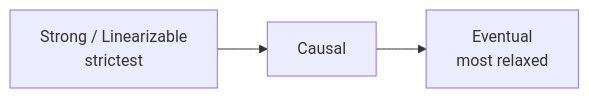
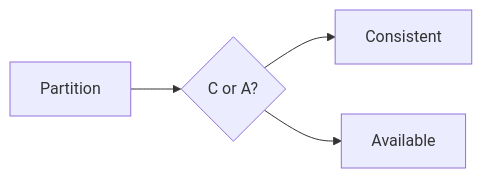
Before and after one commit to hareramcse/SystemDesign: the second of 2 diagrams in 04-distributed-system/README.md, drawn with Mermaid. The commit also changed other lines of this file and 15 other files, not shown here.

````diff
--- a/04-distributed-system/README.md
+++ b/04-distributed-system/README.md
@@ -463,7 +176,6 @@
 ```mermaid
 flowchart LR
-    Strong[Strong / Linearizable<br/>strictest]
-    Causal[Causal]
-    Eventual[Eventual<br/>most relaxed]
-    Strong --> Causal --> Eventual
+    P[Partition] --> Choice{C or A?}
+    Choice --> CP[Consistent]
+    Choice --> AP[Available]
 ```
````
